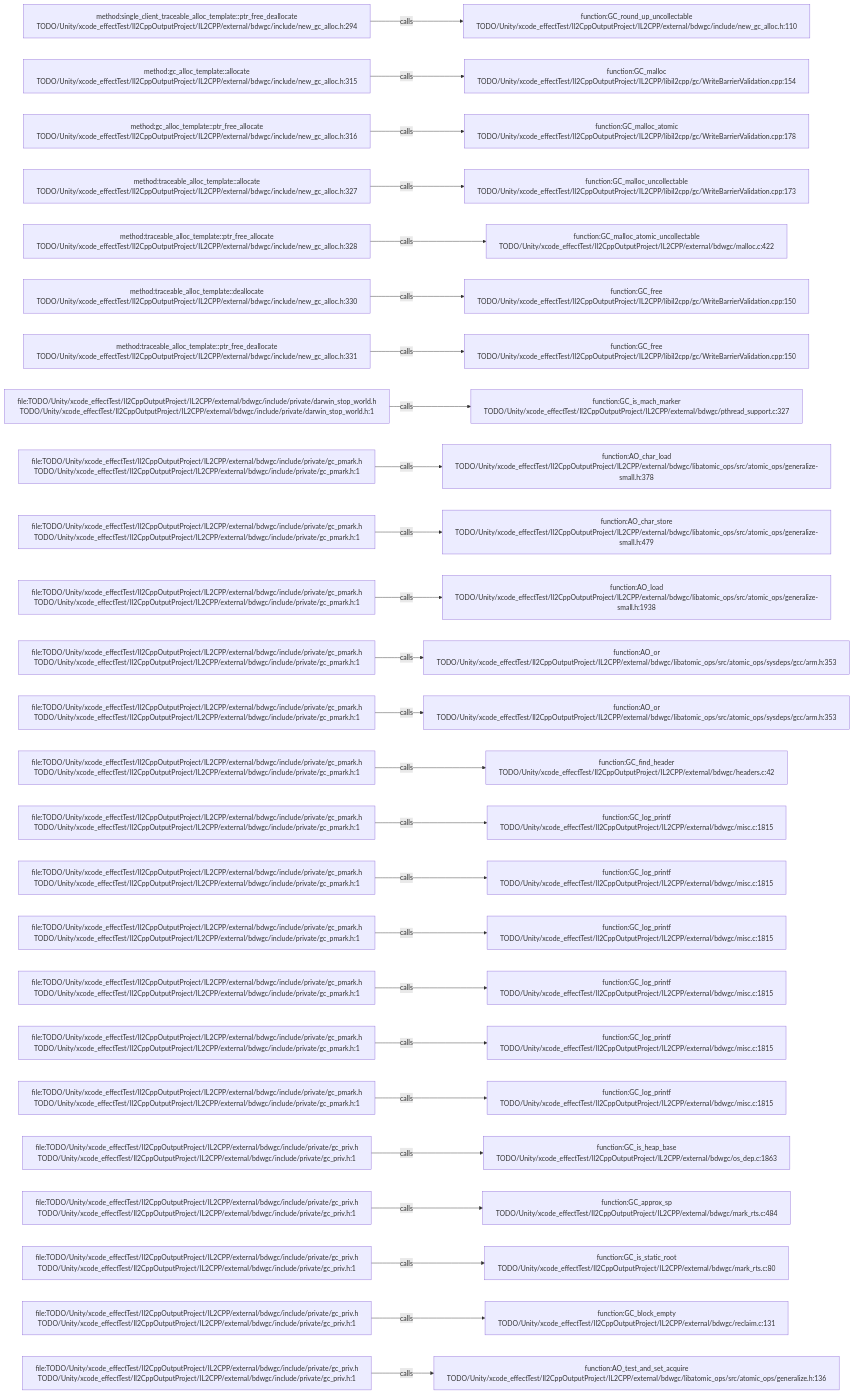
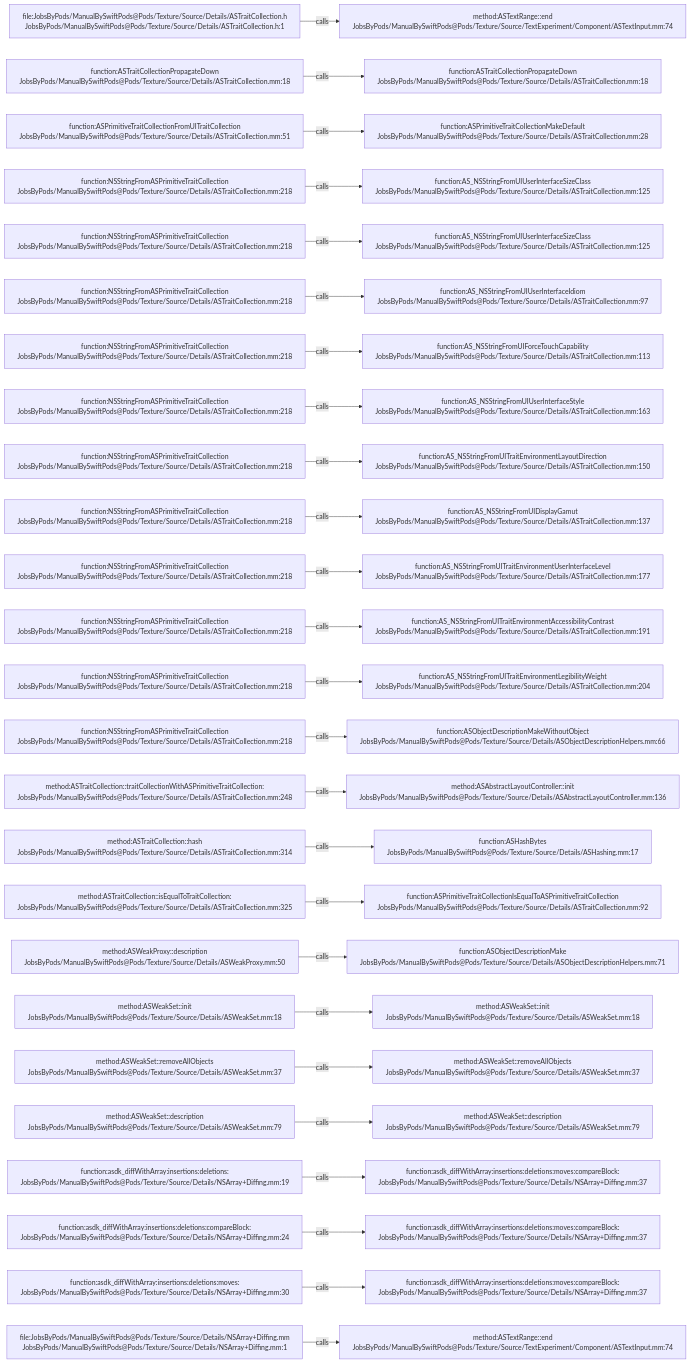
The diagram in .codegraph/codegraph.md/graphs/calls-116.md (JobsKits/JobsSwiftBaseConfigDemo), drawn with Mermaid before and after one commit. The commit also changed 2959 other files, not shown here.

````diff
--- a/.codegraph/codegraph.md/graphs/calls-116.md
+++ b/.codegraph/codegraph.md/graphs/calls-116.md
@@ -13,78 +13,78 @@
 ```mermaid
 flowchart LR
-  S1["method:single_client_traceable_alloc_template::ptr_free_deallocate<br/>TODO/Unity/xcode_effectTest/Il2CppOutputProject/IL2CPP/external/bdwgc/include/new_gc_alloc.h:294"]
-  T1["function:GC_round_up_uncollectable<br/>TODO/Unity/xcode_effectTest/Il2CppOutputProject/IL2CPP/external/bdwgc/include/new_gc_alloc.h:110"]
+  S1["file:JobsByPods/ManualBySwiftPods@Pods/Texture/Source/Details/ASTraitCollection.h<br/>JobsByPods/ManualBySwiftPods@Pods/Texture/Source/Details/ASTraitCollection.h:1"]
+  T1["method:ASTextRange::end<br/>JobsByPods/ManualBySwiftPods@Pods/Texture/Source/TextExperiment/Component/ASTextInput.mm:74"]
   S1 -->|calls| T1
-  S2["method:gc_alloc_template::allocate<br/>TODO/Unity/xcode_effectTest/Il2CppOutputProject/IL2CPP/external/bdwgc/include/new_gc_alloc.h:315"]
-  T2["function:GC_malloc<br/>TODO/Unity/xcode_effectTest/Il2CppOutputProject/IL2CPP/libil2cpp/gc/WriteBarrierValidation.cpp:154"]
+  S2["function:ASTraitCollectionPropagateDown<br/>JobsByPods/ManualBySwiftPods@Pods/Texture/Source/Details/ASTraitCollection.mm:18"]
+  T2["function:ASTraitCollectionPropagateDown<br/>JobsByPods/ManualBySwiftPods@Pods/Texture/Source/Details/ASTraitCollection.mm:18"]
   S2 -->|calls| T2
-  S3["method:gc_alloc_template::ptr_free_allocate<br/>TODO/Unity/xcode_effectTest/Il2CppOutputProject/IL2CPP/external/bdwgc/include/new_gc_alloc.h:316"]
-  T3["function:GC_malloc_atomic<br/>TODO/Unity/xcode_effectTest/Il2CppOutputProject/IL2CPP/libil2cpp/gc/WriteBarrierValidation.cpp:178"]
+  S3["function:ASPrimitiveTraitCollectionFromUITraitCollection<br/>JobsByPods/ManualBySwiftPods@Pods/Texture/Source/Details/ASTraitCollection.mm:51"]
+  T3["function:ASPrimitiveTraitCollectionMakeDefault<br/>JobsByPods/ManualBySwiftPods@Pods/Texture/Source/Details/ASTraitCollection.mm:28"]
   S3 -->|calls| T3
-  S4["method:traceable_alloc_template::allocate<br/>TODO/Unity/xcode_effectTest/Il2CppOutputProject/IL2CPP/external/bdwgc/include/new_gc_alloc.h:327"]
-  T4["function:GC_malloc_uncollectable<br/>TODO/Unity/xcode_effectTest/Il2CppOutputProject/IL2CPP/libil2cpp/gc/WriteBarrierValidation.cpp:173"]
+  S4["function:NSStringFromASPrimitiveTraitCollection<br/>JobsByPods/ManualBySwiftPods@Pods/Texture/Source/Details/ASTraitCollection.mm:218"]
+  T4["function:AS_NSStringFromUIUserInterfaceSizeClass<br/>JobsByPods/ManualBySwiftPods@Pods/Texture/Source/Details/ASTraitCollection.mm:125"]
   S4 -->|calls| T4
-  S5["method:traceable_alloc_template::ptr_free_allocate<br/>TODO/Unity/xcode_effectTest/Il2CppOutputProject/IL2CPP/external/bdwgc/include/new_gc_alloc.h:328"]
-  T5["function:GC_malloc_atomic_uncollectable<br/>TODO/Unity/xcode_effectTest/Il2CppOutputProject/IL2CPP/external/bdwgc/malloc.c:422"]
+  S5["function:NSStringFromASPrimitiveTraitCollection<br/>JobsByPods/ManualBySwiftPods@Pods/Texture/Source/Details/ASTraitCollection.mm:218"]
+  T5["function:AS_NSStringFromUIUserInterfaceSizeClass<br/>JobsByPods/ManualBySwiftPods@Pods/Texture/Source/Details/ASTraitCollection.mm:125"]
   S5 -->|calls| T5
-  S6["method:traceable_alloc_template::deallocate<br/>TODO/Unity/xcode_effectTest/Il2CppOutputProject/IL2CPP/external/bdwgc/include/new_gc_alloc.h:330"]
-  T6["function:GC_free<br/>TODO/Unity/xcode_effectTest/Il2CppOutputProject/IL2CPP/libil2cpp/gc/WriteBarrierValidation.cpp:150"]
+  S6["function:NSStringFromASPrimitiveTraitCollection<br/>JobsByPods/ManualBySwiftPods@Pods/Texture/Source/Details/ASTraitCollection.mm:218"]
+  T6["function:AS_NSStringFromUIUserInterfaceIdiom<br/>JobsByPods/ManualBySwiftPods@Pods/Texture/Source/Details/ASTraitCollection.mm:97"]
   S6 -->|calls| T6
-  S7["method:traceable_alloc_template::ptr_free_deallocate<br/>TODO/Unity/xcode_effectTest/Il2CppOutputProject/IL2CPP/external/bdwgc/include/new_gc_alloc.h:331"]
-  T7["function:GC_free<br/>TODO/Unity/xcode_effectTest/Il2CppOutputProject/IL2CPP/libil2cpp/gc/WriteBarrierValidation.cpp:150"]
+  S7["function:NSStringFromASPrimitiveTraitCollection<br/>JobsByPods/ManualBySwiftPods@Pods/Texture/Source/Details/ASTraitCollection.mm:218"]
+  T7["function:AS_NSStringFromUIForceTouchCapability<br/>JobsByPods/ManualBySwiftPods@Pods/Texture/Source/Details/ASTraitCollection.mm:113"]
   S7 -->|calls| T7
-  S8["file:TODO/Unity/xcode_effectTest/Il2CppOutputProject/IL2CPP/external/bdwgc/include/private/darwin_stop_world.h<br/>TODO/Unity/xcode_effectTest/Il2CppOutputProject/IL2CPP/external/bdwgc/include/private/darwin_stop_world.h:1"]
-  T8["function:GC_is_mach_marker<br/>TODO/Unity/xcode_effectTest/Il2CppOutputProject/IL2CPP/external/bdwgc/pthread_support.c:327"]
+  S8["function:NSStringFromASPrimitiveTraitCollection<br/>JobsByPods/ManualBySwiftPods@Pods/Texture/Source/Details/ASTraitCollection.mm:218"]
+  T8["function:AS_NSStringFromUIUserInterfaceStyle<br/>JobsByPods/ManualBySwiftPods@Pods/Texture/Source/Details/ASTraitCollection.mm:163"]
   S8 -->|calls| T8
-  S9["file:TODO/Unity/xcode_effectTest/Il2CppOutputProject/IL2CPP/external/bdwgc/include/private/gc_pmark.h<br/>TODO/Unity/xcode_effectTest/Il2CppOutputProject/IL2CPP/external/bdwgc/include/private/gc_pmark.h:1"]
-  T9["function:AO_char_load<br/>TODO/Unity/xcode_effectTest/Il2CppOutputProject/IL2CPP/external/bdwgc/libatomic_ops/src/atomic_ops/generalize-small.h:378"]
+  S9["function:NSStringFromASPrimitiveTraitCollection<br/>JobsByPods/ManualBySwiftPods@Pods/Texture/Source/Details/ASTraitCollection.mm:218"]
+  T9["function:AS_NSStringFromUITraitEnvironmentLayoutDirection<br/>JobsByPods/ManualBySwiftPods@Pods/Texture/Source/Details/ASTraitCollection.mm:150"]
   S9 -->|calls| T9
-  S10["file:TODO/Unity/xcode_effectTest/Il2CppOutputProject/IL2CPP/external/bdwgc/include/private/gc_pmark.h<br/>TODO/Unity/xcode_effectTest/Il2CppOutputProject/IL2CPP/external/bdwgc/include/private/gc_pmark.h:1"]
-  T10["function:AO_char_store<br/>TODO/Unity/xcode_effectTest/Il2CppOutputProject/IL2CPP/external/bdwgc/libatomic_ops/src/atomic_ops/generalize-small.h:479"]
+  S10["function:NSStringFromASPrimitiveTraitCollection<br/>JobsByPods/ManualBySwiftPods@Pods/Texture/Source/Details/ASTraitCollection.mm:218"]
+  T10["function:AS_NSStringFromUIDisplayGamut<br/>JobsByPods/ManualBySwiftPods@Pods/Texture/Source/Details/ASTraitCollection.mm:137"]
   S10 -->|calls| T10
-  S11["file:TODO/Unity/xcode_effectTest/Il2CppOutputProject/IL2CPP/external/bdwgc/include/private/gc_pmark.h<br/>TODO/Unity/xcode_effectTest/Il2CppOutputProject/IL2CPP/external/bdwgc/include/private/gc_pmark.h:1"]
-  T11["function:AO_load<br/>TODO/Unity/xcode_effectTest/Il2CppOutputProject/IL2CPP/external/bdwgc/libatomic_ops/src/atomic_ops/generalize-small.h:1938"]
+  S11["function:NSStringFromASPrimitiveTraitCollection<br/>JobsByPods/ManualBySwiftPods@Pods/Texture/Source/Details/ASTraitCollection.mm:218"]
+  T11["function:AS_NSStringFromUITraitEnvironmentUserInterfaceLevel<br/>JobsByPods/ManualBySwiftPods@Pods/Texture/Source/Details/ASTraitCollection.mm:177"]
   S11 -->|calls| T11
-  S12["file:TODO/Unity/xcode_effectTest/Il2CppOutputProject/IL2CPP/external/bdwgc/include/private/gc_pmark.h<br/>TODO/Unity/xcode_effectTest/Il2CppOutputProject/IL2CPP/external/bdwgc/include/private/gc_pmark.h:1"]
-  T12["function:AO_or<br/>TODO/Unity/xcode_effectTest/Il2CppOutputProject/IL2CPP/external/bdwgc/libatomic_ops/src/atomic_ops/sysdeps/gcc/arm.h:353"]
+  S12["function:NSStringFromASPrimitiveTraitCollection<br/>JobsByPods/ManualBySwiftPods@Pods/Texture/Source/Details/ASTraitCollection.mm:218"]
+  T12["function:AS_NSStringFromUITraitEnvironmentAccessibilityContrast<br/>JobsByPods/ManualBySwiftPods@Pods/Texture/Source/Details/ASTraitCollection.mm:191"]
   S12 -->|calls| T12
-  S13["file:TODO/Unity/xcode_effectTest/Il2CppOutputProject/IL2CPP/external/bdwgc/include/private/gc_pmark.h<br/>TODO/Unity/xcode_effectTest/Il2CppOutputProject/IL2CPP/external/bdwgc/include/private/gc_pmark.h:1"]
-  T13["function:AO_or<br/>TODO/Unity/xcode_effectTest/Il2CppOutputProject/IL2CPP/external/bdwgc/libatomic_ops/src/atomic_ops/sysdeps/gcc/arm.h:353"]
+  S13["function:NSStringFromASPrimitiveTraitCollection<br/>JobsByPods/ManualBySwiftPods@Pods/Texture/Source/Details/ASTraitCollection.mm:218"]
+  T13["function:AS_NSStringFromUITraitEnvironmentLegibilityWeight<br/>JobsByPods/ManualBySwiftPods@Pods/Texture/Source/Details/ASTraitCollection.mm:204"]
   S13 -->|calls| T13
-  S14["file:TODO/Unity/xcode_effectTest/Il2CppOutputProject/IL2CPP/external/bdwgc/include/private/gc_pmark.h<br/>TODO/Unity/xcode_effectTest/Il2CppOutputProject/IL2CPP/external/bdwgc/include/private/gc_pmark.h:1"]
-  T14["function:GC_find_header<br/>TODO/Unity/xcode_effectTest/Il2CppOutputProject/IL2CPP/external/bdwgc/headers.c:42"]
+  S14["function:NSStringFromASPrimitiveTraitCollection<br/>JobsByPods/ManualBySwiftPods@Pods/Texture/Source/Details/ASTraitCollection.mm:218"]
+  T14["function:ASObjectDescriptionMakeWithoutObject<br/>JobsByPods/ManualBySwiftPods@Pods/Texture/Source/Details/ASObjectDescriptionHelpers.mm:66"]
   S14 -->|calls| T14
-  S15["file:TODO/Unity/xcode_effectTest/Il2CppOutputProject/IL2CPP/external/bdwgc/include/private/gc_pmark.h<br/>TODO/Unity/xcode_effectTest/Il2CppOutputProject/IL2CPP/external/bdwgc/include/private/gc_pmark.h:1"]
-  T15["function:GC_log_printf<br/>TODO/Unity/xcode_effectTest/Il2CppOutputProject/IL2CPP/external/bdwgc/misc.c:1815"]
+  S15["method:ASTraitCollection::traitCollectionWithASPrimitiveTraitCollection:<br/>JobsByPods/ManualBySwiftPods@Pods/Texture/Source/Details/ASTraitCollection.mm:248"]
+  T15["method:ASAbstractLayoutController::init<br/>JobsByPods/ManualBySwiftPods@Pods/Texture/Source/Details/ASAbstractLayoutController.mm:136"]
   S15 -->|calls| T15
-  S16["file:TODO/Unity/xcode_effectTest/Il2CppOutputProject/IL2CPP/external/bdwgc/include/private/gc_pmark.h<br/>TODO/Unity/xcode_effectTest/Il2CppOutputProject/IL2CPP/external/bdwgc/include/private/gc_pmark.h:1"]
-  T16["function:GC_log_printf<br/>TODO/Unity/xcode_effectTest/Il2CppOutputProject/IL2CPP/external/bdwgc/misc.c:1815"]
+  S16["method:ASTraitCollection::hash<br/>JobsByPods/ManualBySwiftPods@Pods/Texture/Source/Details/ASTraitCollection.mm:314"]
+  T16["function:ASHashBytes<br/>JobsByPods/ManualBySwiftPods@Pods/Texture/Source/Details/ASHashing.mm:17"]
   S16 -->|calls| T16
-  S17["file:TODO/Unity/xcode_effectTest/Il2CppOutputProject/IL2CPP/external/bdwgc/include/private/gc_pmark.h<br/>TODO/Unity/xcode_effectTest/Il2CppOutputProject/IL2CPP/external/bdwgc/include/private/gc_pmark.h:1"]
-  T17["function:GC_log_printf<br/>TODO/Unity/xcode_effectTest/Il2CppOutputProject/IL2CPP/external/bdwgc/misc.c:1815"]
+  S17["method:ASTraitCollection::isEqualToTraitCollection:<br/>JobsByPods/ManualBySwiftPods@Pods/Texture/Source/Details/ASTraitCollection.mm:325"]
+  T17["function:ASPrimitiveTraitCollectionIsEqualToASPrimitiveTraitCollection<br/>JobsByPods/ManualBySwiftPods@Pods/Texture/Source/Details/ASTraitCollection.mm:92"]
   S17 -->|calls| T17
-  S18["file:TODO/Unity/xcode_effectTest/Il2CppOutputProject/IL2CPP/external/bdwgc/include/private/gc_pmark.h<br/>TODO/Unity/xcode_effectTest/Il2CppOutputProject/IL2CPP/external/bdwgc/include/private/gc_pmark.h:1"]
-  T18["function:GC_log_printf<br/>TODO/Unity/xcode_effectTest/Il2CppOutputProject/IL2CPP/external/bdwgc/misc.c:1815"]
+  S18["method:ASWeakProxy::description<br/>JobsByPods/ManualBySwiftPods@Pods/Texture/Source/Details/ASWeakProxy.mm:50"]
+  T18["function:ASObjectDescriptionMake<br/>JobsByPods/ManualBySwiftPods@Pods/Texture/Source/Details/ASObjectDescriptionHelpers.mm:71"]
   S18 -->|calls| T18
-  S19["file:TODO/Unity/xcode_effectTest/Il2CppOutputProject/IL2CPP/external/bdwgc/include/private/gc_pmark.h<br/>TODO/Unity/xcode_effectTest/Il2CppOutputProject/IL2CPP/external/bdwgc/include/private/gc_pmark.h:1"]
-  T19["function:GC_log_printf<br/>TODO/Unity/xcode_effectTest/Il2CppOutputProject/IL2CPP/external/bdwgc/misc.c:1815"]
+  S19["method:ASWeakSet::init<br/>JobsByPods/ManualBySwiftPods@Pods/Texture/Source/Details/ASWeakSet.mm:18"]
+  T19["method:ASWeakSet::init<br/>JobsByPods/ManualBySwiftPods@Pods/Texture/Source/Details/ASWeakSet.mm:18"]
   S19 -->|calls| T19
-  S20["file:TODO/Unity/xcode_effectTest/Il2CppOutputProject/IL2CPP/external/bdwgc/include/private/gc_pmark.h<br/>TODO/Unity/xcode_effectTest/Il2CppOutputProject/IL2CPP/external/bdwgc/include/private/gc_pmark.h:1"]
-  T20["function:GC_log_printf<br/>TODO/Unity/xcode_effectTest/Il2CppOutputProject/IL2CPP/external/bdwgc/misc.c:1815"]
+  S20["method:ASWeakSet::removeAllObjects<br/>JobsByPods/ManualBySwiftPods@Pods/Texture/Source/Details/ASWeakSet.mm:37"]
+  T20["method:ASWeakSet::removeAllObjects<br/>JobsByPods/ManualBySwiftPods@Pods/Texture/Source/Details/ASWeakSet.mm:37"]
   S20 -->|calls| T20
-  S21["file:TODO/Unity/xcode_effectTest/Il2CppOutputProject/IL2CPP/external/bdwgc/include/private/gc_priv.h<br/>TODO/Unity/xcode_effectTest/Il2CppOutputProject/IL2CPP/external/bdwgc/include/private/gc_priv.h:1"]
-  T21["function:GC_is_heap_base<br/>TODO/Unity/xcode_effectTest/Il2CppOutputProject/IL2CPP/external/bdwgc/os_dep.c:1863"]
+  S21["method:ASWeakSet::description<br/>JobsByPods/ManualBySwiftPods@Pods/Texture/Source/Details/ASWeakSet.mm:79"]
+  T21["method:ASWeakSet::description<br/>JobsByPods/ManualBySwiftPods@Pods/Texture/Source/Details/ASWeakSet.mm:79"]
   S21 -->|calls| T21
-  S22["file:TODO/Unity/xcode_effectTest/Il2CppOutputProject/IL2CPP/external/bdwgc/include/private/gc_priv.h<br/>TODO/Unity/xcode_effectTest/Il2CppOutputProject/IL2CPP/external/bdwgc/include/private/gc_priv.h:1"]
-  T22["function:GC_approx_sp<br/>TODO/Unity/xcode_effectTest/Il2CppOutputProject/IL2CPP/external/bdwgc/mark_rts.c:484"]
+  S22["function:asdk_diffWithArray:insertions:deletions:<br/>JobsByPods/ManualBySwiftPods@Pods/Texture/Source/Details/NSArray+Diffing.mm:19"]
+  T22["function:asdk_diffWithArray:insertions:deletions:moves:compareBlock:<br/>JobsByPods/ManualBySwiftPods@Pods/Texture/Source/Details/NSArray+Diffing.mm:37"]
   S22 -->|calls| T22
-  S23["file:TODO/Unity/xcode_effectTest/Il2CppOutputProject/IL2CPP/external/bdwgc/include/private/gc_priv.h<br/>TODO/Unity/xcode_effectTest/Il2CppOutputProject/IL2CPP/external/bdwgc/include/private/gc_priv.h:1"]
-  T23["function:GC_is_static_root<br/>TODO/Unity/xcode_effectTest/Il2CppOutputProject/IL2CPP/external/bdwgc/mark_rts.c:80"]
+  S23["function:asdk_diffWithArray:insertions:deletions:compareBlock:<br/>JobsByPods/ManualBySwiftPods@Pods/Texture/Source/Details/NSArray+Diffing.mm:24"]
+  T23["function:asdk_diffWithArray:insertions:deletions:moves:compareBlock:<br/>JobsByPods/ManualBySwiftPods@Pods/Texture/Source/Details/NSArray+Diffing.mm:37"]
   S23 -->|calls| T23
-  S24["file:TODO/Unity/xcode_effectTest/Il2CppOutputProject/IL2CPP/external/bdwgc/include/private/gc_priv.h<br/>TODO/Unity/xcode_effectTest/Il2CppOutputProject/IL2CPP/external/bdwgc/include/private/gc_priv.h:1"]
-  T24["function:GC_block_empty<br/>TODO/Unity/xcode_effectTest/Il2CppOutputProject/IL2CPP/external/bdwgc/reclaim.c:131"]
+  S24["function:asdk_diffWithArray:insertions:deletions:moves:<br/>JobsByPods/ManualBySwiftPods@Pods/Texture/Source/Details/NSArray+Diffing.mm:30"]
+  T24["function:asdk_diffWithArray:insertions:deletions:moves:compareBlock:<br/>JobsByPods/ManualBySwiftPods@Pods/Texture/Source/Details/NSArray+Diffing.mm:37"]
   S24 -->|calls| T24
-  S25["file:TODO/Unity/xcode_effectTest/Il2CppOutputProject/IL2CPP/external/bdwgc/include/private/gc_priv.h<br/>TODO/Unity/xcode_effectTest/Il2CppOutputProject/IL2CPP/external/bdwgc/include/private/gc_priv.h:1"]
-  T25["function:AO_test_and_set_acquire<br/>TODO/Unity/xcode_effectTest/Il2CppOutputProject/IL2CPP/external/bdwgc/libatomic_ops/src/atomic_ops/generalize.h:136"]
+  S25["file:JobsByPods/ManualBySwiftPods@Pods/Texture/Source/Details/NSArray+Diffing.mm<br/>JobsByPods/ManualBySwiftPods@Pods/Texture/Source/Details/NSArray+Diffing.mm:1"]
+  T25["method:ASTextRange::end<br/>JobsByPods/ManualBySwiftPods@Pods/Texture/Source/TextExperiment/Component/ASTextInput.mm:74"]
   S25 -->|calls| T25
 ```
````
